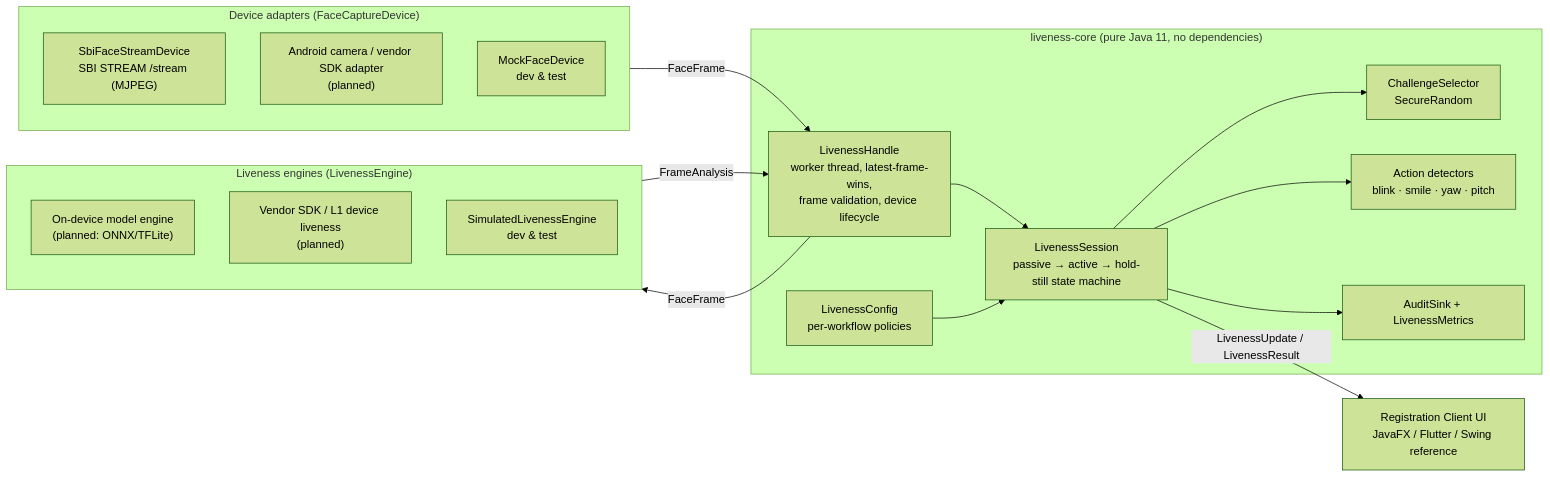
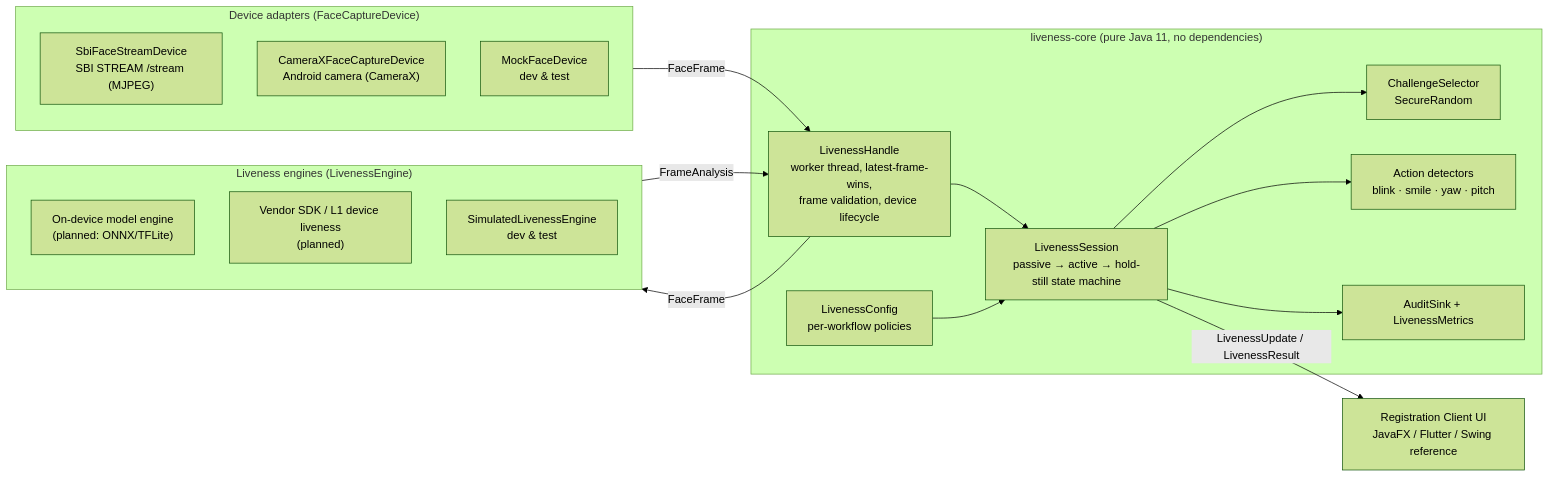
Before and after one commit to krishnatoshniwwal/mosip: the first of 8 diagrams in docs/DESIGN.md, drawn with Mermaid (forest theme). The commit also changed other lines of this file and 67 other files, not shown here.

````diff
--- a/docs/DESIGN.md
+++ b/docs/DESIGN.md
@@ -22,30 +22,30 @@
 ```mermaid
 flowchart LR
     subgraph Devices["Device adapters (FaceCaptureDevice)"]
         SBI["SbiFaceStreamDevice<br/>SBI STREAM /stream (MJPEG)"]
-        AND["Android camera / vendor SDK adapter<br/>(planned)"]
+        AND["CameraXFaceCaptureDevice<br/>Android camera (CameraX)"]
         MOCK["MockFaceDevice<br/>dev & test"]
     end
     subgraph Core["liveness-core (pure Java 11, no dependencies)"]
         H["LivenessHandle<br/>worker thread, latest-frame-wins,<br/>frame validation, device lifecycle"]
         S["LivenessSession<br/>passive → active → hold-still state machine"]
         CS["ChallengeSelector<br/>SecureRandom"]
         AD["Action detectors<br/>blink · smile · yaw · pitch"]
         CFG["LivenessConfig<br/>per-workflow policies"]
         AU["AuditSink + LivenessMetrics"]
     end
     subgraph Engines["Liveness engines (LivenessEngine)"]
         ONNX["On-device model engine<br/>(planned: ONNX/TFLite)"]
         VEND["Vendor SDK / L1 device liveness<br/>(planned)"]
         SIM["SimulatedLivenessEngine<br/>dev & test"]
     end
     UI["Registration Client UI<br/>JavaFX / Flutter / Swing reference"]
 
     Devices -- FaceFrame --> H
     H -- FaceFrame --> Engines
     Engines -- FrameAnalysis --> H
     H --> S
     S --> CS & AD & AU
     CFG --> S
     S -- LivenessUpdate / LivenessResult --> UI
 ```
````
